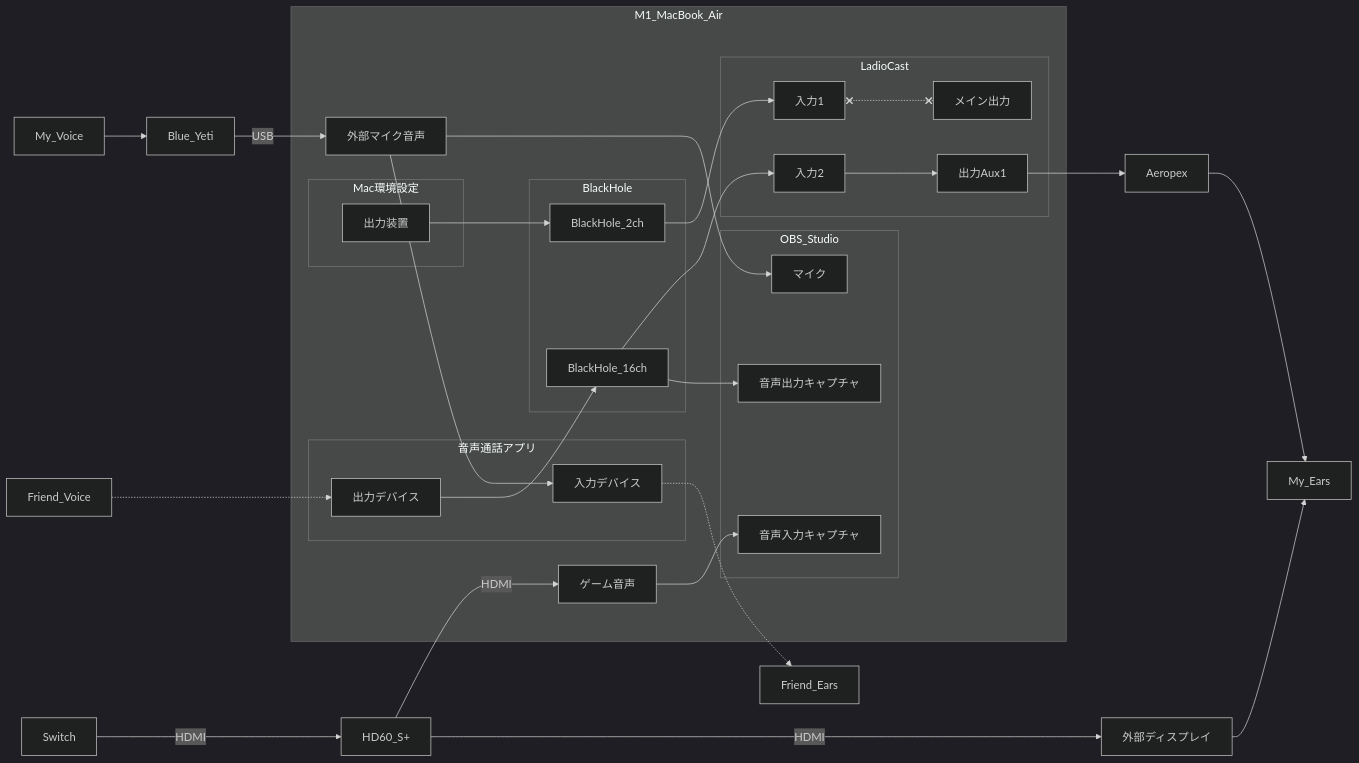
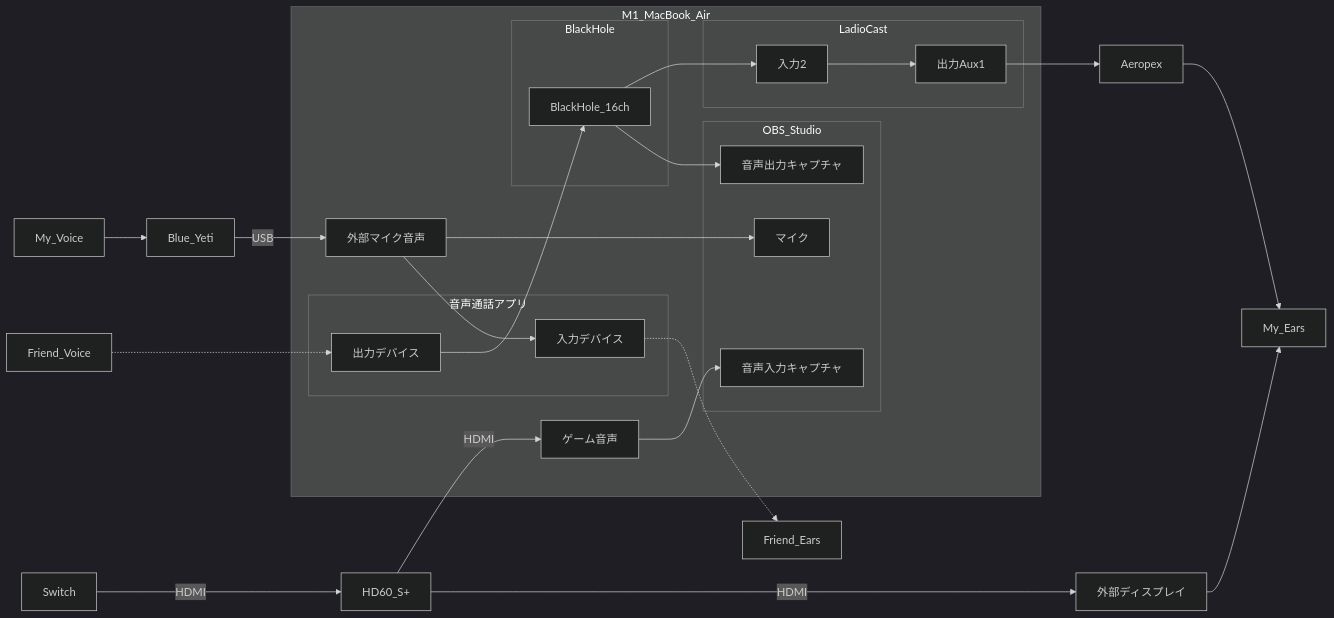
One commit to tanaken0515/tanaken0515 changed the fourth of 4 diagrams in config/recording/video_game.md. Above: the diagram before and after it, drawn with Mermaid (dark theme).

Commit message:
fix: Macの環境設定に関する記述は不要

````diff
--- a/config/recording/video_game.md
+++ b/config/recording/video_game.md
@@ -66,52 +66,44 @@
 ```mermaid
 flowchart LR
   My_Voice
   Friend_Voice
   Blue_Yeti
   Switch
   HD60_S+
   subgraph M1_MacBook_Air
     ゲーム音声
     外部マイク音声
-    subgraph Mac環境設定
-      出力装置
-    end
     subgraph 音声通話アプリ
       出力デバイス
       入力デバイス
     end
     subgraph BlackHole
-      BlackHole_2ch
       BlackHole_16ch
     end
     subgraph LadioCast
-      入力1
       入力2
-      メイン出力
       出力Aux1
     end
     subgraph OBS_Studio
       マイク
       音声入力キャプチャ
       音声出力キャプチャ
     end    
   end
   Aeropex
   外部ディスプレイ
   My_Ears
   Friend_Ears
   
-  出力装置 --> BlackHole_2ch --> 入力1 x-.-x メイン出力
-  
   My_Voice --> Blue_Yeti -->|USB| 外部マイク音声
   外部マイク音声 --> 入力デバイス -.-> Friend_Ears
   外部マイク音声 --> マイク
 
   Friend_Voice ..-> 出力デバイス --> BlackHole_16ch
   BlackHole_16ch --> 入力2 --> 出力Aux1 --> Aeropex --> My_Ears
   BlackHole_16ch --> 音声出力キャプチャ
 
   Switch --->|HDMI| HD60_S+
   HD60_S+ -->|HDMI| ゲーム音声 --> 音声入力キャプチャ
   HD60_S+ -->|HDMI| 外部ディスプレイ --> My_Ears
 ```
````
